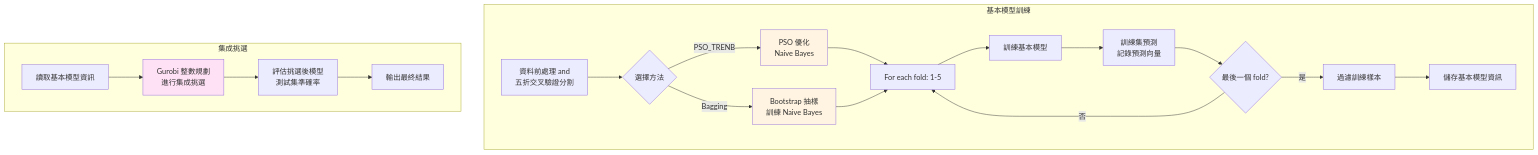
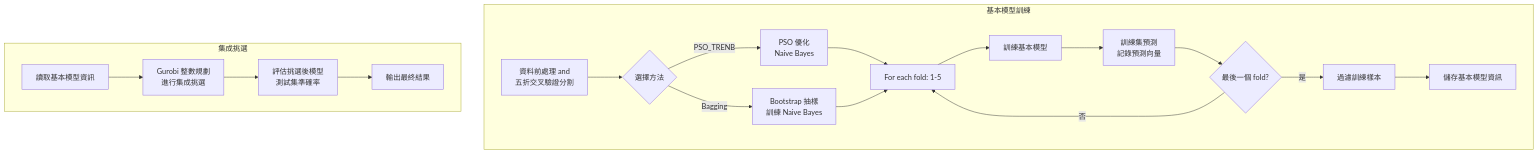
One commit to Jason910315/ensemble-selection-method changed the diagram in README.md. Above: the diagram before and after it, drawn with Mermaid. The commit also changed 1 other file, not shown here.

````diff
--- a/README.md
+++ b/README.md
@@ -100,30 +100,26 @@
 ```mermaid
 flowchart TD
     subgraph 基本模型訓練
     A[資料前處理 and <br/>五折交叉驗證分割] --> B{選擇方法}
     B -->|PSO_TRENB| C[PSO 優化<br/>Naive Bayes]
     B -->|Bagging| D[Bootstrap 抽樣<br/>訓練 Naive Bayes]
     
     C --> E[For each fold: 1-5]
     D --> E
     E --> F[訓練基本模型]
 
     F --> G[訓練集預測<br/>記錄預測向量]
     G --> H{最後一個 fold?}
     
     H -->|否| E
     H -->|是| I[過濾訓練樣本]
     I --> J[儲存基本模型資訊]
     end
     
     subgraph 集成挑選
     K[讀取基本模型資訊]
     K --> L[Gurobi 整數規劃<br/>進行集成挑選]
     L --> M[評估挑選後模型<br/>測試集準確率]
     M --> N[輸出最終結果]
     end
-    
-    style C fill:#fff4e1
-    style D fill:#fff4e1
-    style L fill:#ffe1f5
 ```
````
